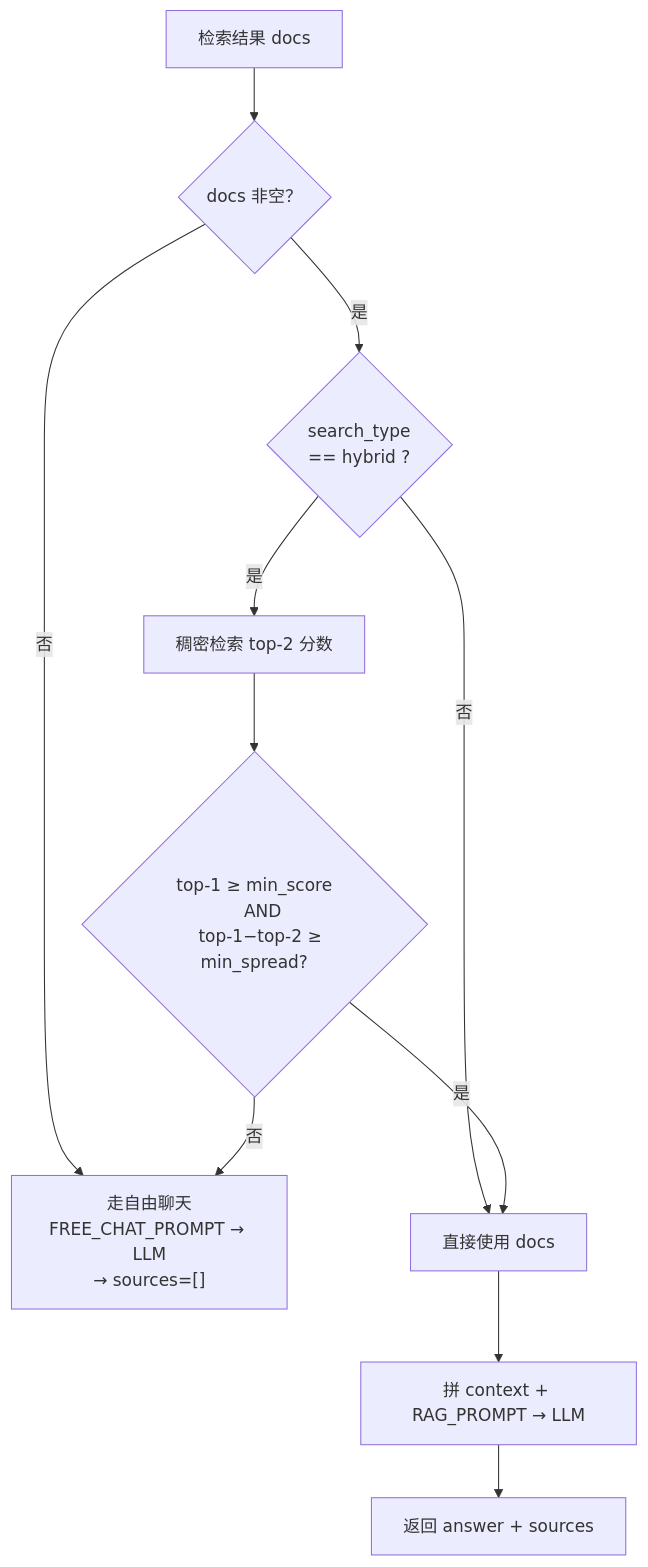
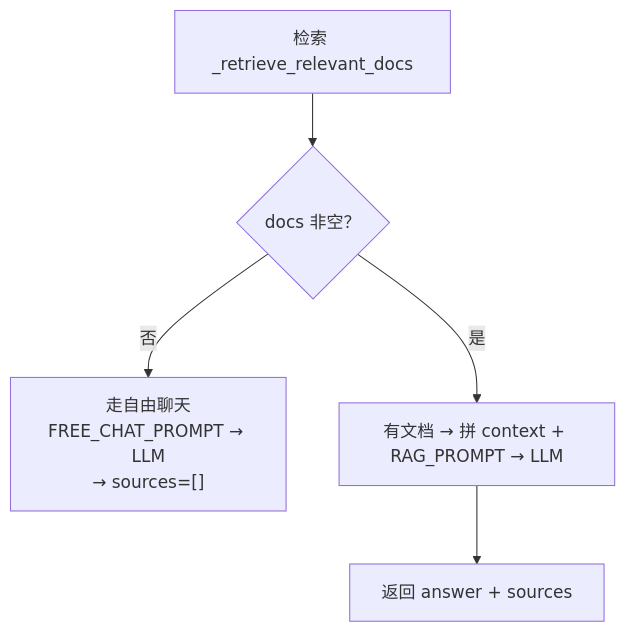
The fifth of 6 diagrams in docs/RAG.md (zqc1661586344/zz-demand-system), drawn with Mermaid before and after one commit. The commit also changed other lines of this file, not shown here.

Commit message:
修改rag流程图

````diff
--- a/docs/RAG.md
+++ b/docs/RAG.md
@@ -423,13 +424,7 @@
 ```mermaid
 flowchart TD
-    A["检索结果 docs"] --> B{"docs 非空？"}
+    A["检索 _retrieve_relevant_docs"] --> B{"docs 非空？"}
     B -- 否 --> C["走自由聊天<br/>FREE_CHAT_PROMPT → LLM<br/>→ sources=[]"]
-    B -- 是 --> D{"search_type<br/>== hybrid ?"}
-    D -- 否 --> E["直接使用 docs"]
-    D -- 是 --> F["稠密检索 top-2 分数"]
-    F --> G{"top-1 ≥ min_score<br/>&emsp;AND<br/>&emsp;top-1−top-2 ≥ min_spread?"}
-    G -- 否 --> C
-    G -- 是 --> E
-    E --> H["拼 context + RAG_PROMPT → LLM"]
-    H --> I["返回 answer + sources"]
+    B -- 是 --> E["有文档 → 拼 context + RAG_PROMPT → LLM"]
+    E --> H["返回 answer + sources"]
 ```
````
